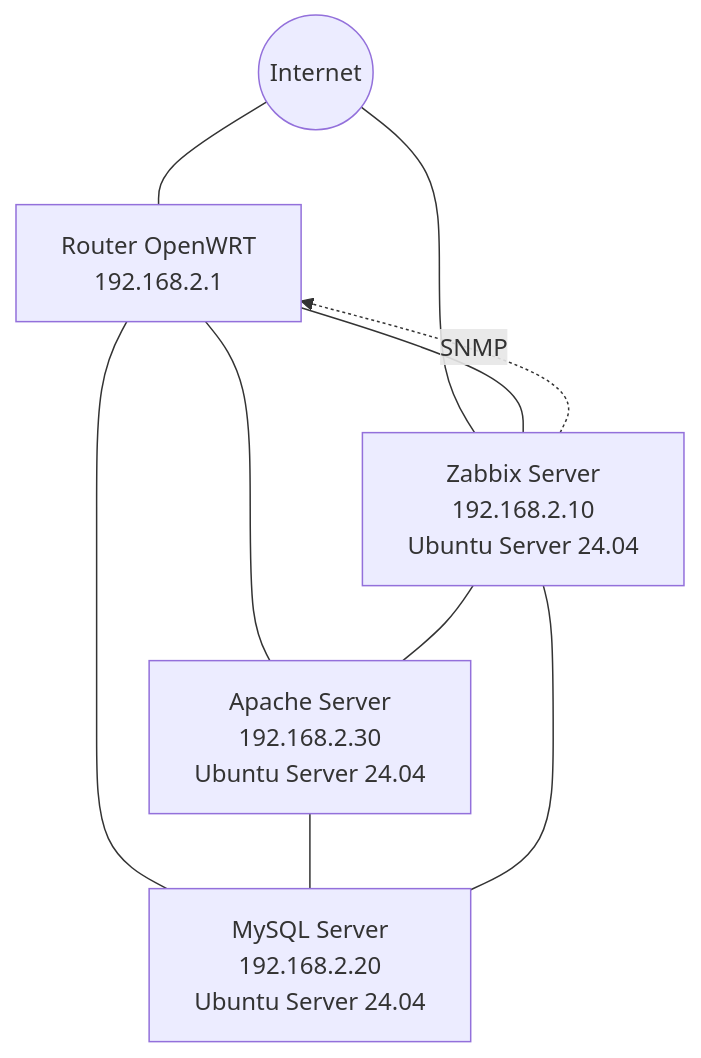
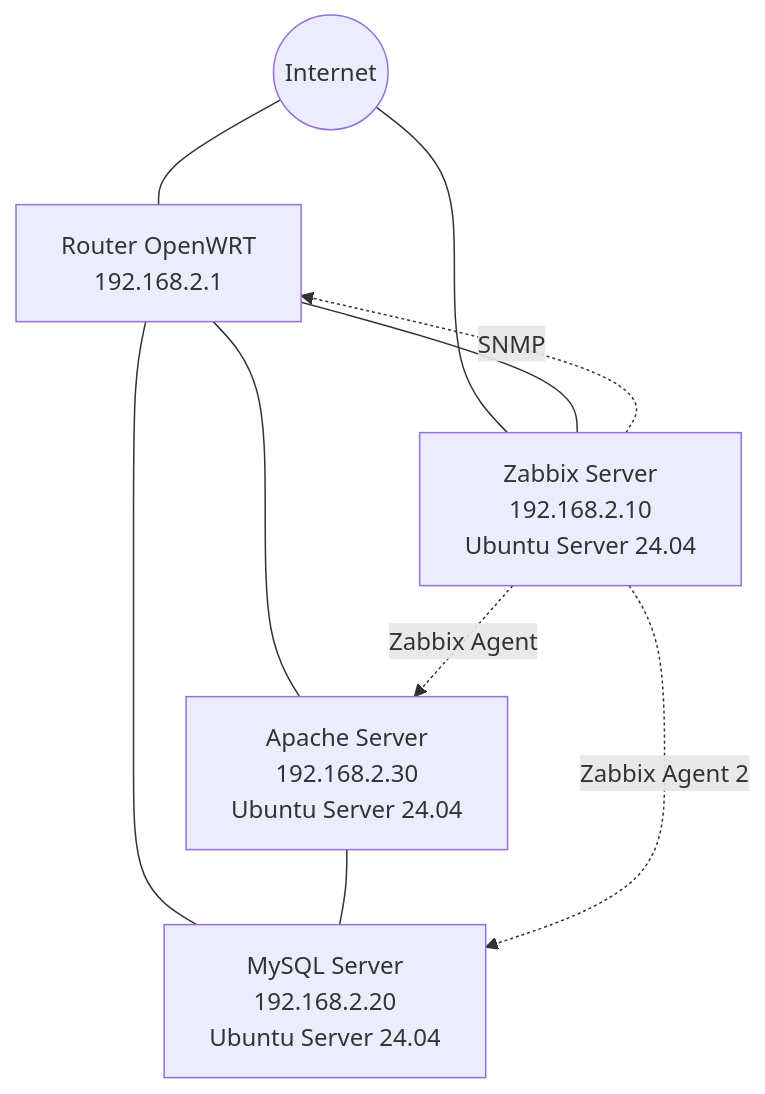
Before and after one commit to aaron10011/Proyecto-ASIR: the diagram in README.md, drawn with Mermaid.

````diff
--- a/README.md
+++ b/README.md
@@ -51,26 +51,26 @@
 ```mermaid
 graph TD
 
 Internet((Internet))
 
 Router[Router OpenWRT<br>192.168.2.1]
 
 Zabbix[Zabbix Server<br>192.168.2.10<br>Ubuntu Server 24.04]
 
 Apache[Apache Server<br>192.168.2.30<br>Ubuntu Server 24.04]
 
 MySQL[MySQL Server<br>192.168.2.20<br>Ubuntu Server 24.04]
 
 Internet --- Router
 Internet --- Zabbix
 
 Router --- Zabbix
 Router --- Apache
 Router --- MySQL
 
 Apache --- MySQL
 
-Zabbix --- Apache
-Zabbix --- MySQL
+Zabbix -.Zabbix Agent.-> Apache
+Zabbix -.Zabbix Agent 2.-> MySQL
 Zabbix -.SNMP.-> Router
 ```
````
